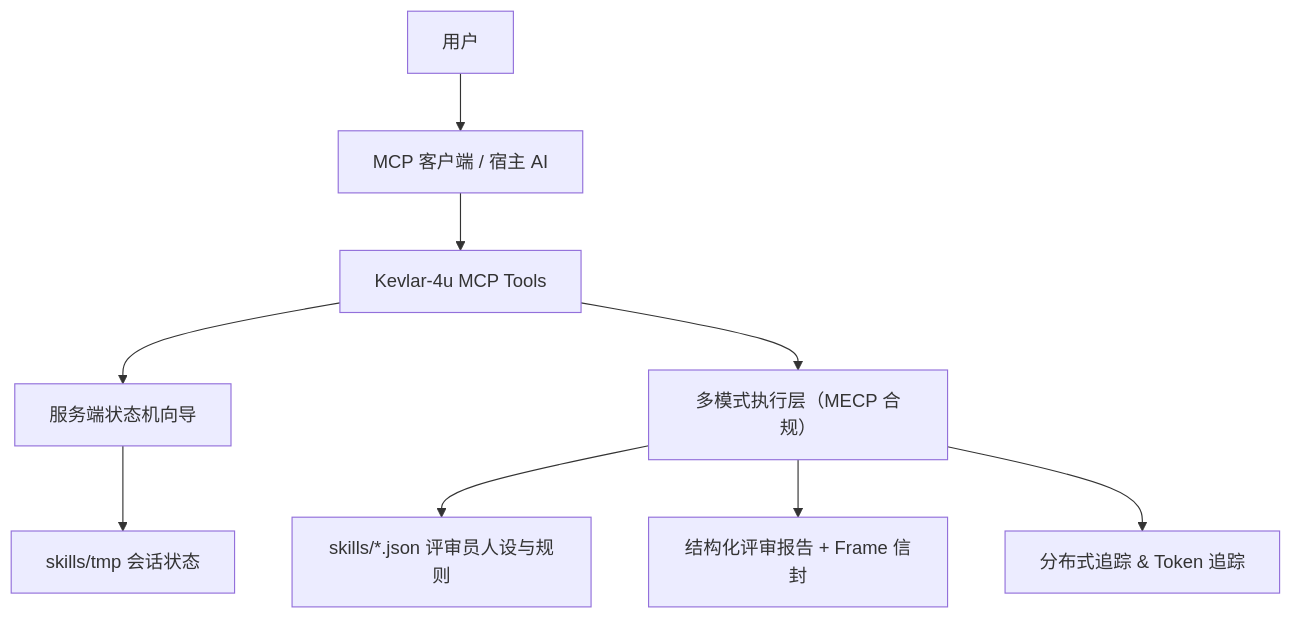
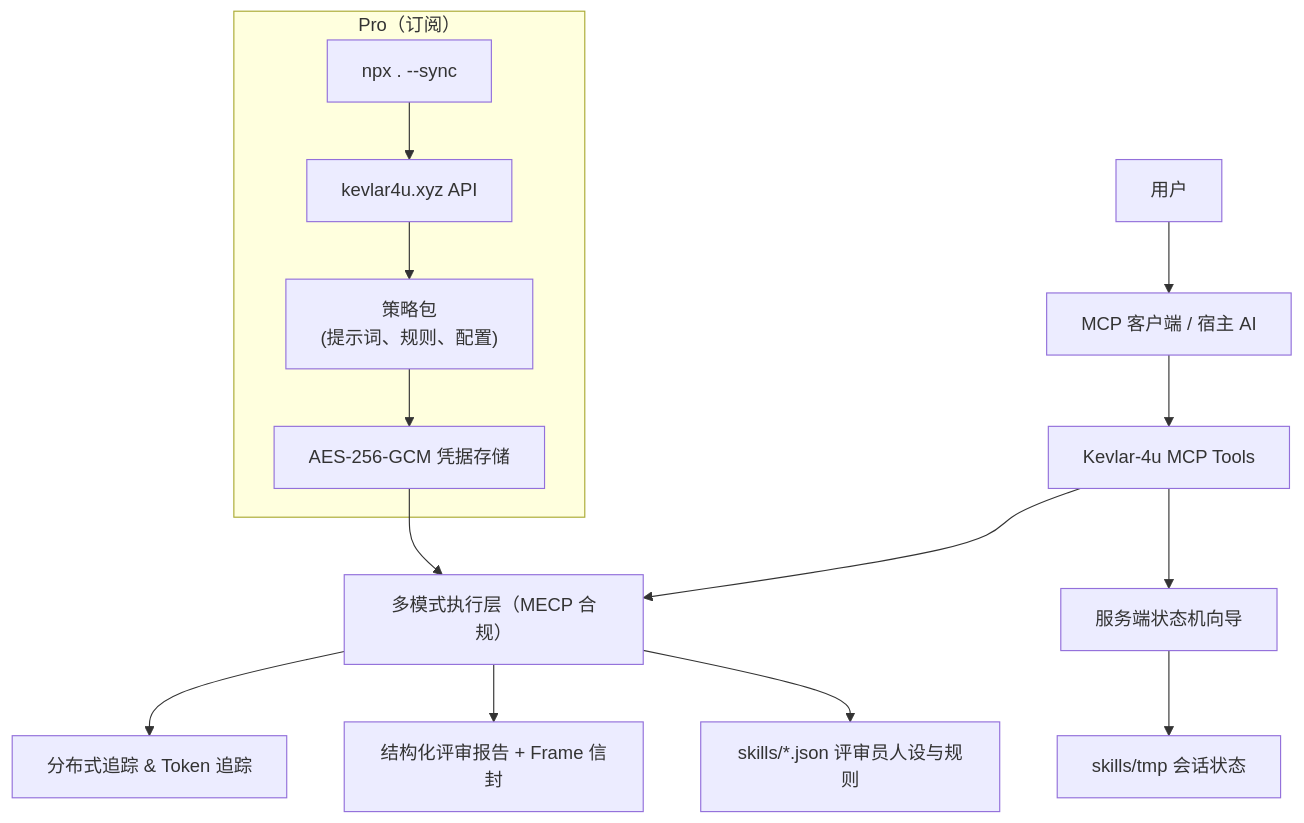
One commit to ChurzeXo/kevlar-4u changed the seventh of 7 diagrams in docs/README.zh.md. Above: the diagram before and after it, drawn with Mermaid. The commit also changed other lines of this file and 35 other files, not shown here.

First line of the commit message:
fix: align with backend v1 API — sessionId 128-char limit, server URL, TDZ fix

````diff
--- a/docs/README.zh.md
+++ b/docs/README.zh.md
@@ -503,11 +526,20 @@
 ```mermaid
 flowchart TD
   User["用户"] --> Client["MCP 客户端 / 宿主 AI"]
   Client --> Tools["Kevlar-4u MCP Tools"]
   Tools --> Wizards["服务端状态机向导"]
   Tools --> Execution["多模式执行层（MECP 合规）"]
   Wizards --> Tmp["skills/tmp 会话状态"]
   Execution --> Personas["skills/*.json 评审员人设与规则"]
   Execution --> Report["结构化评审报告 + Frame 信封"]
   Execution --> Observability["分布式追踪 & Token 追踪"]
+
+  subgraph Pro["Pro（订阅）"]
+    Sync["npx . --sync"]
+    Server["kevlar4u.xyz API"]
+    Bundle["策略包<br/>(提示词、规则、配置)"]
+    Cred["AES-256-GCM 凭据存储"]
+  end
+
+  Sync --> Server --> Bundle --> Cred --> Execution
 ```
````
